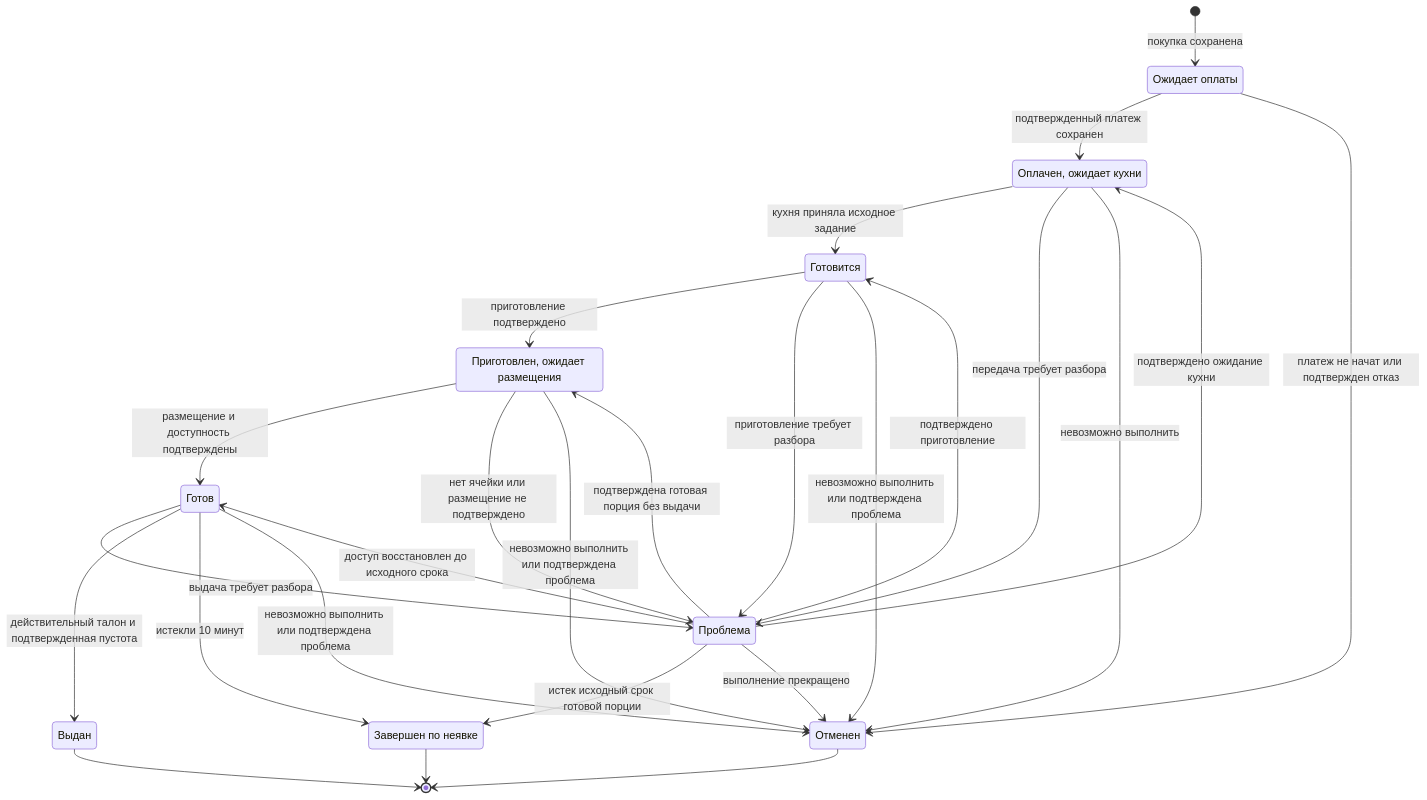
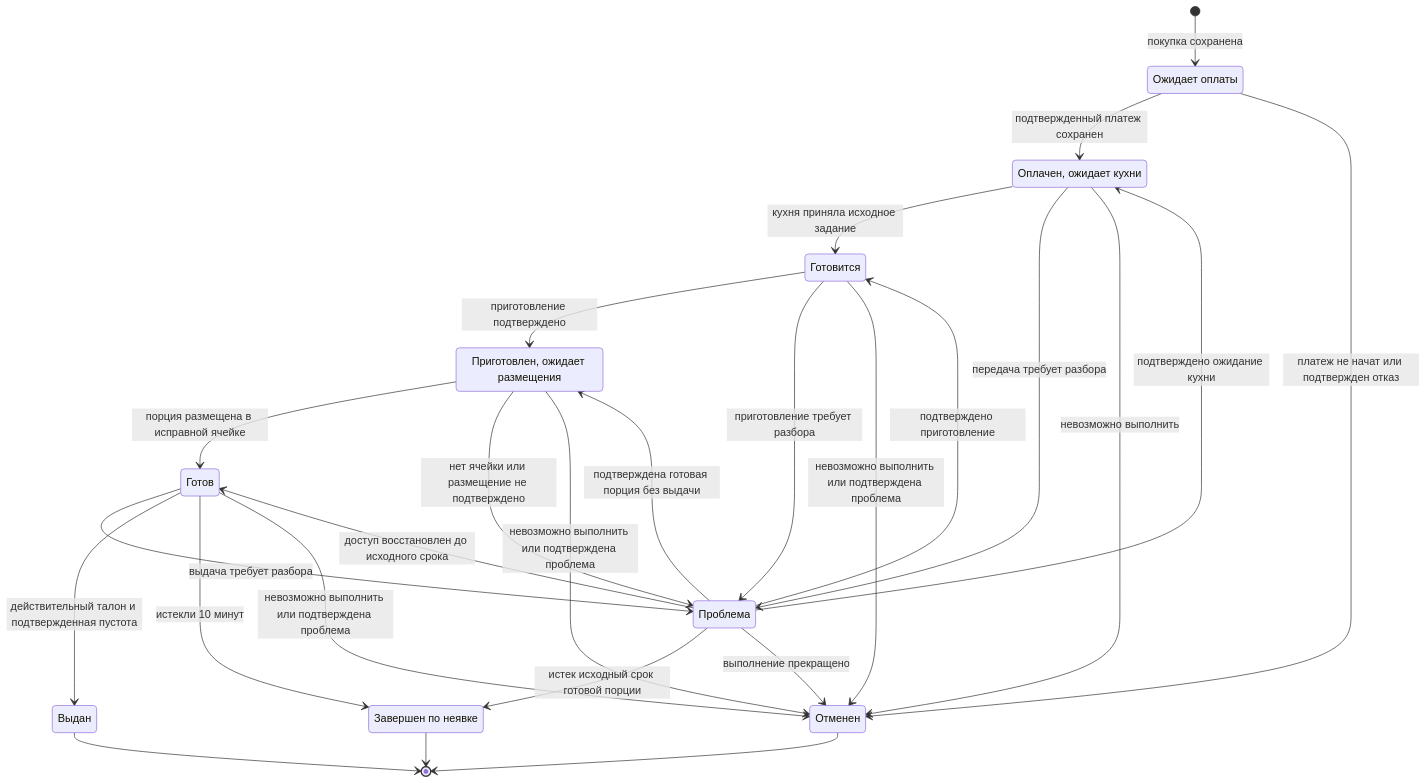
The diagram in docs/project/published/03_model/order-states.md (n-leo-leo/restaurant-order-board), drawn with Mermaid before and after one commit. The commit also changed other lines of this file and 44 other files, not shown here.

````diff
--- a/docs/project/published/03_model/order-states.md
+++ b/docs/project/published/03_model/order-states.md
@@ -7,37 +7,37 @@
 ```mermaid
 stateDiagram-v2
 state "Ожидает оплаты" as Awaiting
 state "Оплачен, ожидает кухни" as Paid
 state "Готовится" as Preparing
 state "Приготовлен, ожидает размещения" as Placement
 state "Готов" as Ready
 state "Проблема" as Problem
 state "Выдан" as Issued
 state "Завершен по неявке" as NoShow
 state "Отменен" as Cancelled
 [*] --> Awaiting : покупка сохранена
 Awaiting --> Paid : подтвержденный платеж сохранен
 Awaiting --> Cancelled : платеж не начат или подтвержден отказ
 Paid --> Preparing : кухня приняла исходное задание
 Preparing --> Placement : приготовление подтверждено
-Placement --> Ready : размещение и доступность подтверждены
+Placement --> Ready : порция размещена в исправной ячейке
 Paid --> Problem : передача требует разбора
 Preparing --> Problem : приготовление требует разбора
 Placement --> Problem : нет ячейки или размещение не подтверждено
 Ready --> Problem : выдача требует разбора
 Problem --> Paid : подтверждено ожидание кухни
 Problem --> Preparing : подтверждено приготовление
 Problem --> Placement : подтверждена готовая порция без выдачи
 Problem --> Ready : доступ восстановлен до исходного срока
 Ready --> Issued : действительный талон и подтвержденная пустота
 Ready --> NoShow : истекли 10 минут
 Problem --> NoShow : истек исходный срок готовой порции
 Paid --> Cancelled : невозможно выполнить
 Preparing --> Cancelled : невозможно выполнить или подтверждена проблема
 Placement --> Cancelled : невозможно выполнить или подтверждена проблема
 Ready --> Cancelled : невозможно выполнить или подтверждена проблема
 Problem --> Cancelled : выполнение прекращено
 Issued --> [*]
 NoShow --> [*]
 Cancelled --> [*]
 ```
````
